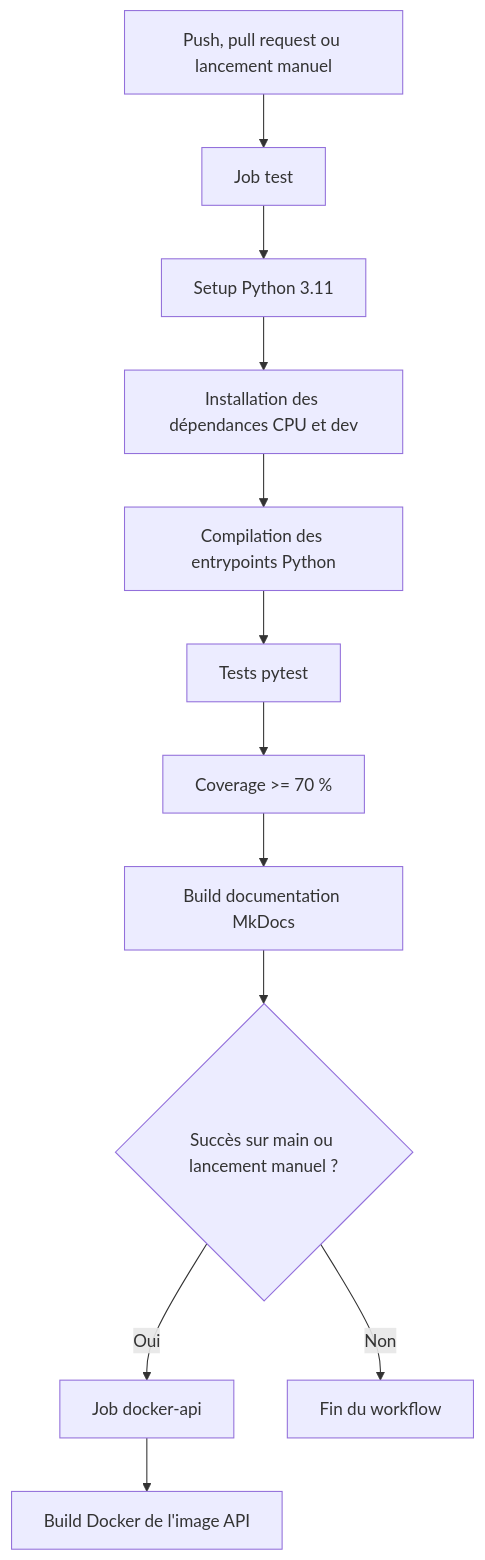
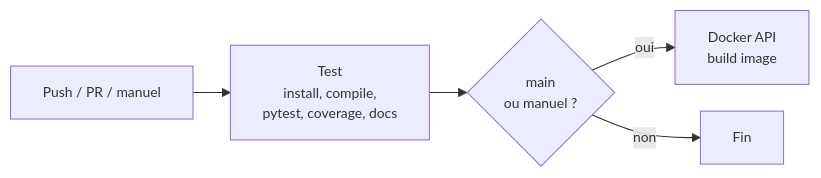
The diagram in docs/report/mise_en_situation.md (thomashebert99/Plant-disease-detection), drawn with Mermaid before and after one commit.

Commit message:
Correctifs schémas

````diff
--- a/docs/report/mise_en_situation.md
+++ b/docs/report/mise_en_situation.md
@@ -434,14 +434,8 @@
 ```mermaid
-flowchart TD
-    A[Push, pull request ou lancement manuel] --> B[Job test]
-    B --> B1[Setup Python 3.11]
-    B1 --> B2[Installation des dépendances CPU et dev]
-    B2 --> B3[Compilation des entrypoints Python]
-    B3 --> B4[Tests pytest]
-    B4 --> B5[Coverage >= 70 %]
-    B5 --> B6[Build documentation MkDocs]
-    B6 --> C{Succès sur main ou lancement manuel ?}
-    C -->|Oui| D[Job docker-api]
-    C -->|Non| E[Fin du workflow]
-    D --> F[Build Docker de l'image API]
+%%{init: {"flowchart": {"nodeSpacing": 25, "rankSpacing": 35}, "themeVariables": {"fontSize": "13px"}} }%%
+flowchart LR
+    A[Push / PR / manuel] --> B[Test<br/>install, compile,<br/>pytest, coverage, docs]
+    B --> C{main<br/>ou manuel ?}
+    C -->|oui| D[Docker API<br/>build image]
+    C -->|non| E[Fin]
 ```
````
